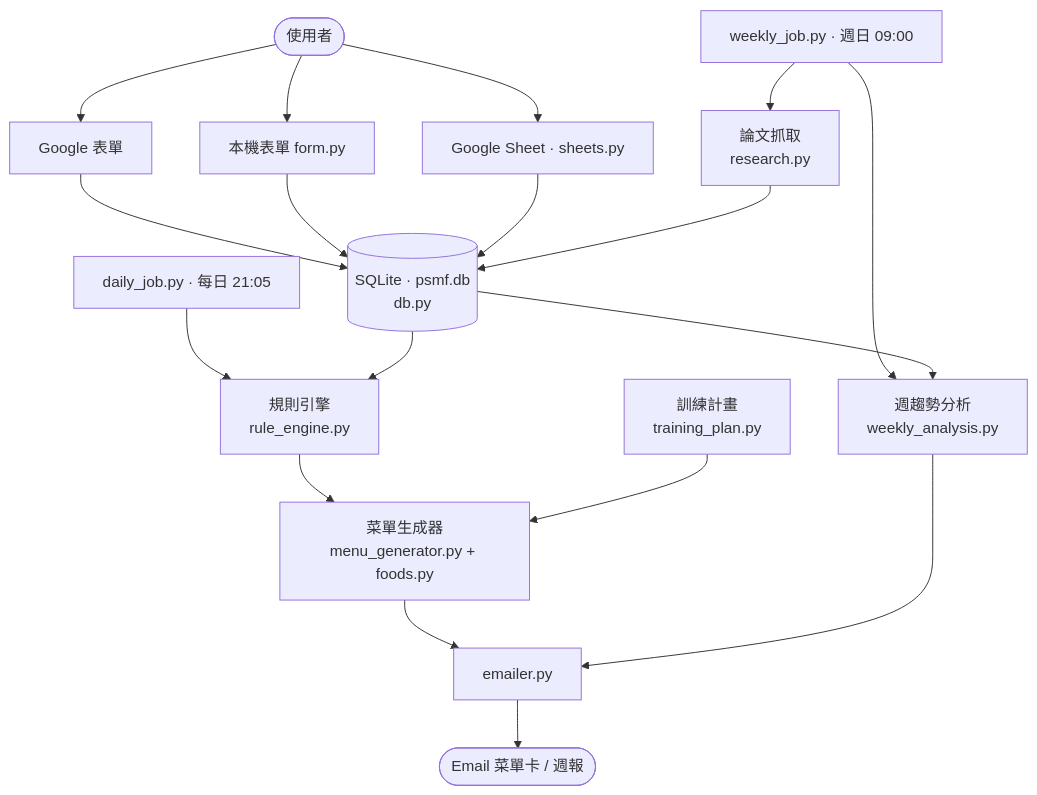
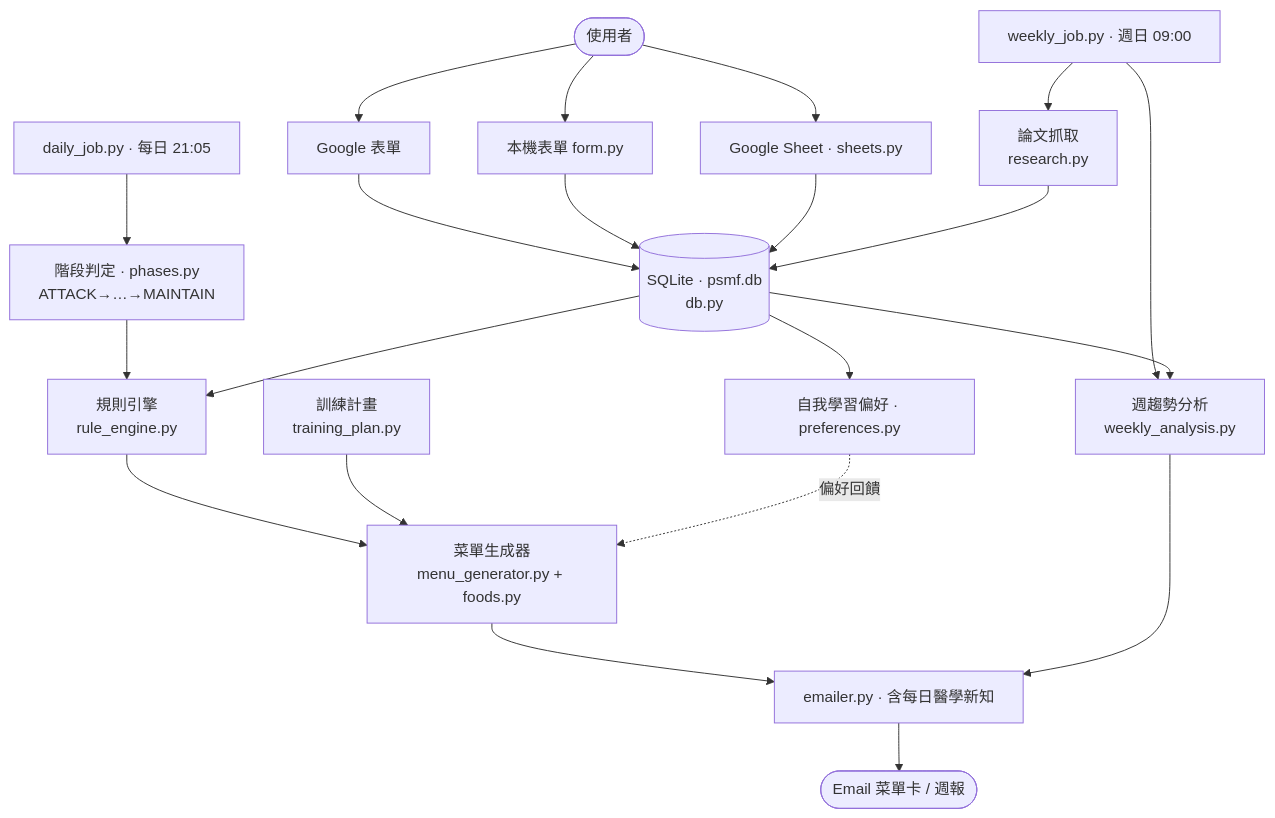
Before and after one commit to Lee-unhn/psmf-coach: the diagram in README.md, drawn with Mermaid. The commit also changed other lines of this file and 7 other files, not shown here.

````diff
--- a/README.md
+++ b/README.md
@@ -26,31 +26,35 @@
 ```mermaid
 flowchart TD
   U([使用者])
   F1["Google 表單"]
   F2["本機表單 form.py"]
   F3["Google Sheet · sheets.py"]
   DB[("SQLite · psmf.db\ndb.py")]
   RE["規則引擎\nrule_engine.py"]
   MG["菜單生成器\nmenu_generator.py + foods.py"]
   TP["訓練計畫\ntraining_plan.py"]
   RS["論文抓取\nresearch.py"]
   WA["週趨勢分析\nweekly_analysis.py"]
   DJ["daily_job.py · 每日 21:05"]
   WJ["weekly_job.py · 週日 09:00"]
-  EM["emailer.py"]
+  PH["階段判定 · phases.py\nATTACK→…→MAINTAIN"]
+  LRN["自我學習偏好 · preferences.py"]
+  EM["emailer.py · 含每日醫學新知"]
   MAIL(["Email 菜單卡 / 週報"])
 
   U --> F1
   U --> F2
   U --> F3
   F1 --> DB
   F2 --> DB
   F3 --> DB
-  DJ --> RE --> MG --> EM
+  DJ --> PH --> RE --> MG --> EM
   TP --> MG
   WJ --> RS --> DB
   WJ --> WA --> EM
   DB --> RE
   DB --> WA
+  DB --> LRN
+  LRN -. 偏好回饋 .-> MG
   EM --> MAIL
 ```
````
